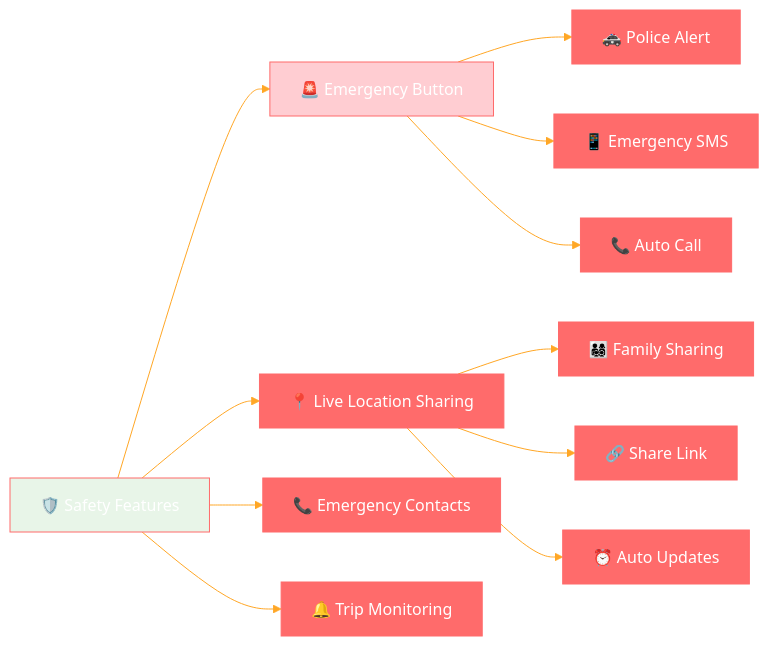
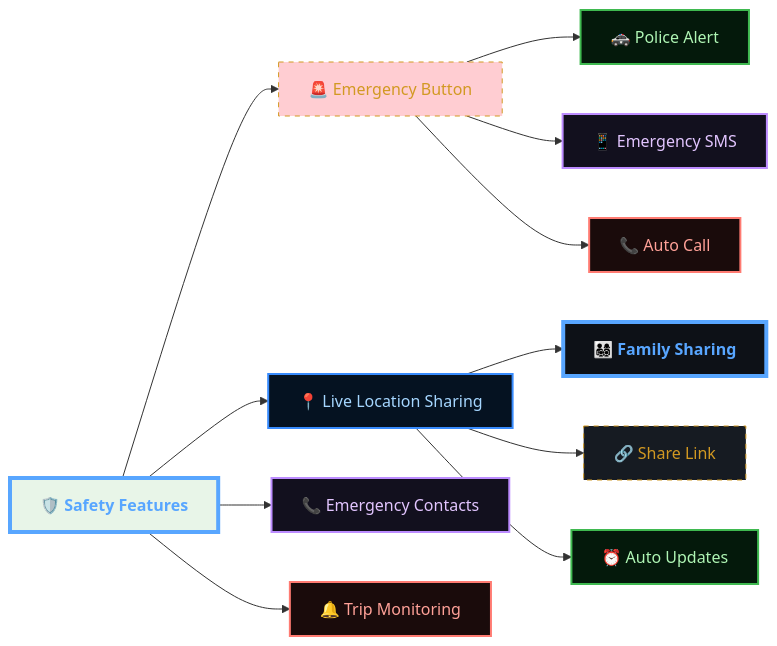
Diagram 11 of 19 in docs/user-journeys/passenger-flow.md (abdoElHodaky/transportapp), drawn with Mermaid before and after one commit. The commit also changed other lines of this file and 9 other files, not shown here.

````diff
--- a/docs/user-journeys/passenger-flow.md
+++ b/docs/user-journeys/passenger-flow.md
@@ -387,19 +692,50 @@
 ```mermaid
-%%{init: {'theme':'base', 'themeVariables': {'primaryColor':'#ff6b6b','primaryTextColor':'#fff','primaryBorderColor':'#ff6b6b','lineColor':'#ffa726','sectionBkgColor':'#ff6b6b','altSectionBkgColor':'#fff','gridColor':'#fff','secondaryColor':'#006100','tertiaryColor':'#fff'}}}%%
 graph LR
     A[🛡️ Safety Features] --> B[🚨 Emergency Button]
     A --> C[📍 Live Location Sharing]
     A --> D[📞 Emergency Contacts]
     A --> E[🔔 Trip Monitoring]
     
     B --> B1[🚓 Police Alert]
     B --> B2[📱 Emergency SMS]
     B --> B3[📞 Auto Call]
     
     C --> C1[👨‍👩‍👧‍👦 Family Sharing]
     C --> C2[🔗 Share Link]
     C --> C3[⏰ Auto Updates]
     
     style A fill:#e8f5e8
     style B fill:#ffcdd2
+
+    %% --- DARK GRADIENT & GLOW STYLING ---
+    
+    %% Main Dashboard (Neon Cyan/Blue)
+    classDef main fill:#0d1117,stroke:#58a6ff,stroke-width:4px,color:#58a6ff,font-weight:bold;
+    
+    %% Decision Diamond (Gold Glow)
+    classDef decision fill:#161b22,stroke:#d29922,color:#d29922,stroke-dasharray: 5 5;
+    
+    %% Revenue (Emerald Gradient Style)
+    classDef revNode fill:#04190b,stroke:#3fb950,color:#aff5b4,stroke-width:2px;
+    
+    %% Commission (Purple Gradient Style)
+    classDef commNode fill:#12101e,stroke:#bc8cff,color:#e2c5ff,stroke-width:2px;
+    
+    %% Refund (Ruby Gradient Style)
+    classDef refNode fill:#1a0b0b,stroke:#ff7b72,color:#ffa198,stroke-width:2px;
+    
+    %% Earnings (Sapphire Gradient Style)
+    classDef earnNode fill:#051221,stroke:#388bfd,color:#a5d6ff,stroke-width:2px;
+
+    class A main;
+    class B decision;
+    class B1 revNode;
+    class B2 commNode;
+    class B3 refNode;
+    class C earnNode;
+    class C1 main;
+    class C2 decision;
+    class C3 revNode;
+    class D commNode;
+    class E refNode;
 ```
````
